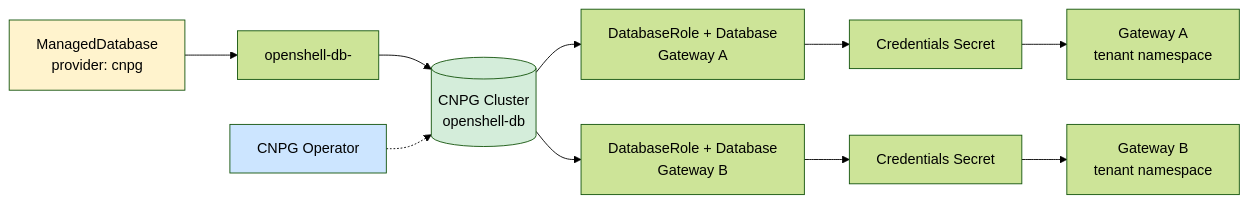
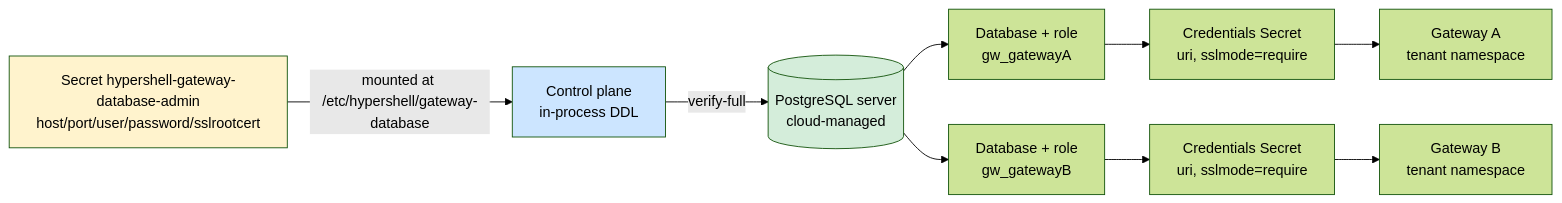
Before and after one commit to jonmosco/hypershell: the first of 2 diagrams in docs/architecture/source/data-plane.md, drawn with Mermaid (forest theme). The commit also changed other lines of this file and 267 other files, not shown here.

````diff
--- a/docs/architecture/source/data-plane.md
+++ b/docs/architecture/source/data-plane.md
@@ -9,15 +9,15 @@
 ```mermaid
 graph LR
-  MD[ManagedDatabase<br/>provider: cnpg] --> NS[openshell-db-<id>]
-  NS --> C[(CNPG Cluster<br/>openshell-db)]
-  C --> R1[DatabaseRole + Database<br/>Gateway A]
-  C --> R2[DatabaseRole + Database<br/>Gateway B]
-  R1 --> S1[Credentials Secret]
-  R2 --> S2[Credentials Secret]
+  MD[Secret hypershell-gateway-database-admin<br/>host/port/user/password/sslrootcert] -->|mounted at /etc/hypershell/gateway-database| CP
+  CP -->|verify-full| C[(PostgreSQL server<br/>cloud-managed)]
+  C --> R1[Database + role<br/>gw_gatewayA]
+  C --> R2[Database + role<br/>gw_gatewayB]
+  R1 --> S1[Credentials Secret<br/>uri, sslmode=require]
+  R2 --> S2[Credentials Secret<br/>uri, sslmode=require]
   S1 --> GA[Gateway A<br/>tenant namespace]
   S2 --> GB[Gateway B<br/>tenant namespace]
-  OP[CNPG Operator] -.-> C
+  CP[Control plane<br/>in-process DDL]
   style MD fill:#fff3cd
   style C fill:#d4edda
-  style OP fill:#cce5ff
+  style CP fill:#cce5ff
 ```
````
